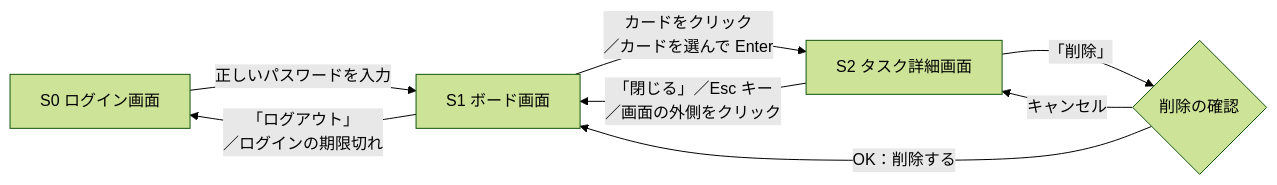
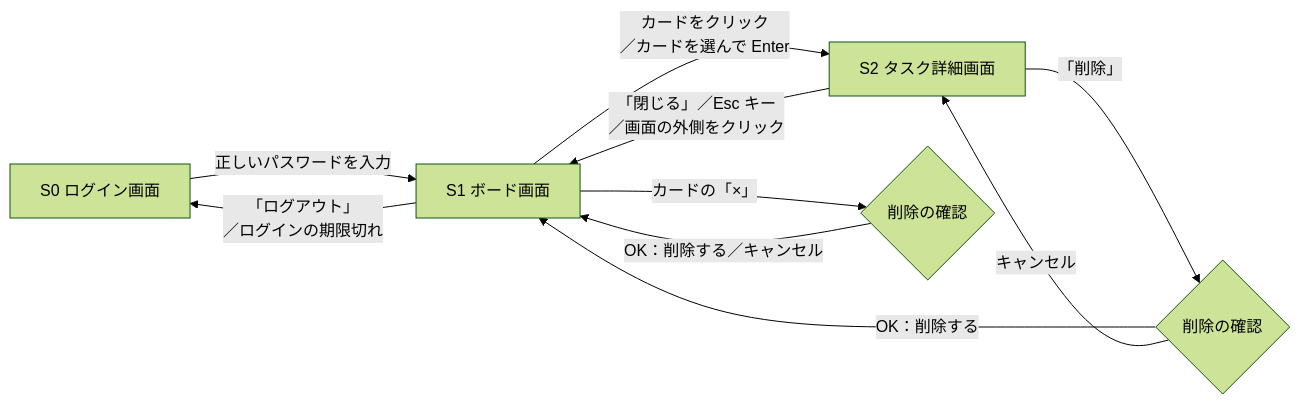
Before and after one commit to kaitofujitani/tasukumanezimennto: the diagram in docs/screens.md, drawn with Mermaid (forest theme). The commit also changed other lines of this file and 4 other files, not shown here.

````diff
--- a/docs/screens.md
+++ b/docs/screens.md
@@ -23,10 +23,12 @@
 ```mermaid
 flowchart LR
   S0[S0 ログイン画面] -- 正しいパスワードを入力 --> S1[S1 ボード画面]
   S1 -- 「ログアウト」<br>／ログインの期限切れ --> S0
   S1 -- カードをクリック<br>／カードを選んで Enter --> S2[S2 タスク詳細画面]
   S2 -- 「閉じる」／Esc キー<br>／画面の外側をクリック --> S1
   S2 -- 「削除」 --> C{削除の確認}
   C -- OK：削除する --> S1
   C -- キャンセル --> S2
+  S1 -- カードの「×」 --> C1{削除の確認}
+  C1 -- OK：削除する／キャンセル --> S1
 ```
````
